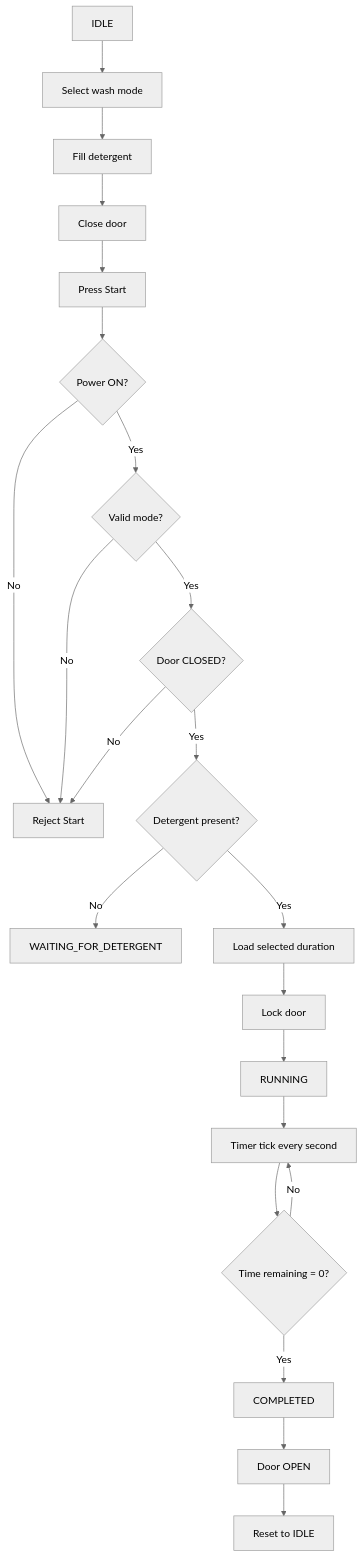
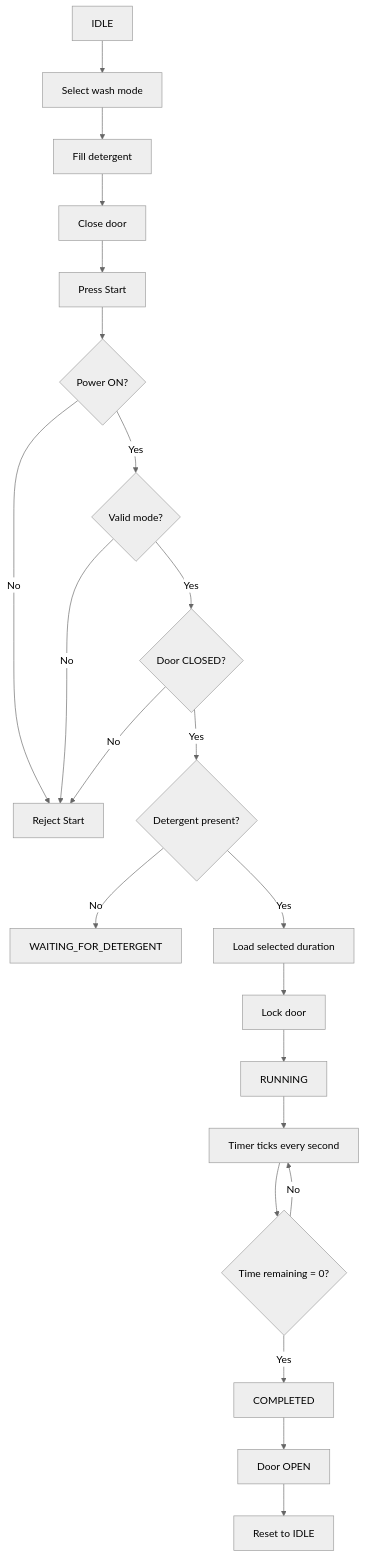
Before and after one commit to BMMADHUMITHA/weighted_rr: the tenth of 13 diagrams in README.md, drawn with Mermaid (neutral theme). The commit also changed other lines of this file, not shown here.

````diff
--- a/README.md
+++ b/README.md
@@ -857,24 +605,24 @@
-``` mermaid
+```mermaid
 flowchart TD
     A[IDLE] --> B[Select wash mode]
     B --> C[Fill detergent]
     C --> D[Close door]
     D --> E[Press Start]
     E --> F{Power ON?}
     F -- No --> X[Reject Start]
     F -- Yes --> G{Valid mode?}
     G -- No --> X
     G -- Yes --> H{Door CLOSED?}
     H -- No --> X
     H -- Yes --> I{Detergent present?}
     I -- No --> J[WAITING_FOR_DETERGENT]
     I -- Yes --> K[Load selected duration]
     K --> L[Lock door]
     L --> M[RUNNING]
-    M --> N[Timer tick every second]
+    M --> N[Timer ticks every second]
     N --> O{Time remaining = 0?}
     O -- No --> N
     O -- Yes --> P[COMPLETED]
     P --> Q[Door OPEN]
     Q --> R[Reset to IDLE]
 ```
````
